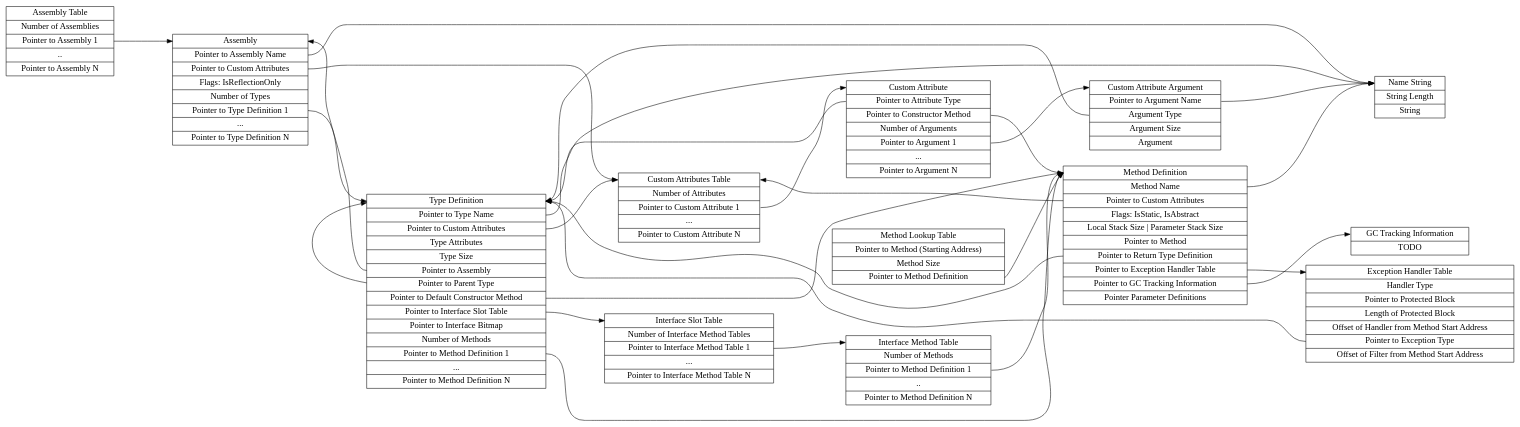
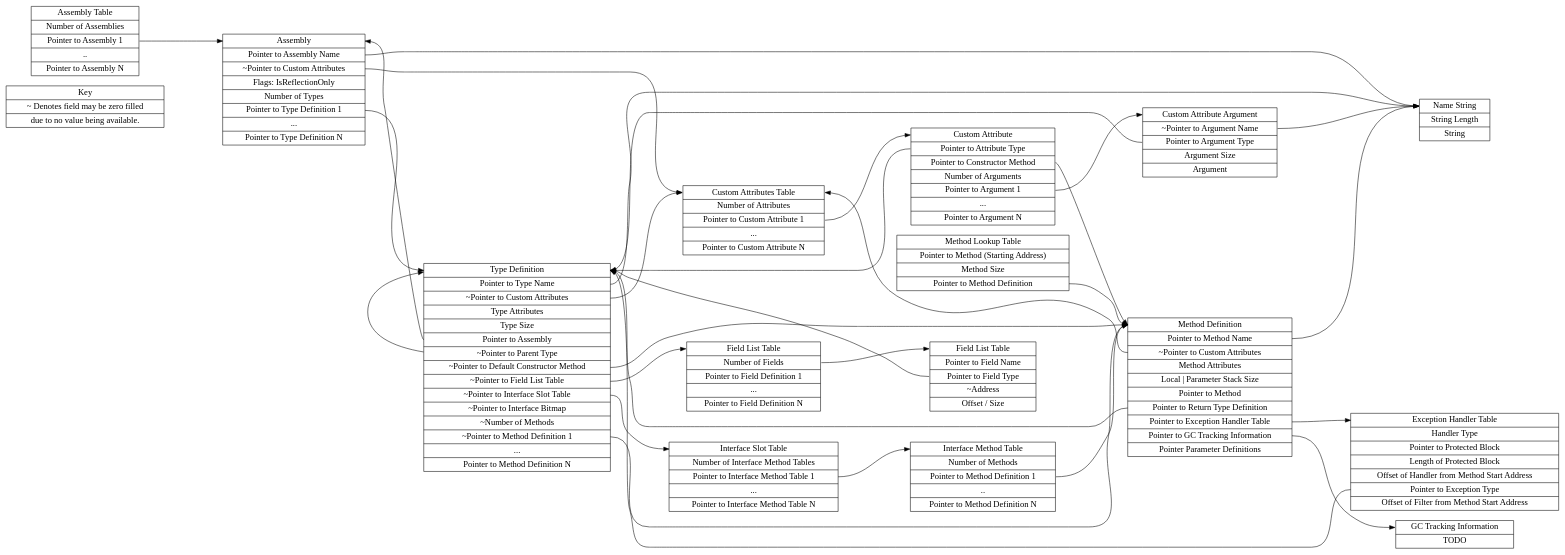
One commit to mosa/MOSA-Project changed the diagram in Docs/MOSA-Runtime-Tables.gv. Above: the diagram before and after it, drawn with Graphviz. The commit also changed 22 other files, not shown here.

```diff
--- a/Docs/MOSA-Runtime-Tables.gv
+++ b/Docs/MOSA-Runtime-Tables.gv
@@ -8,6 +8,11 @@
 ];
 edge [
 minlen = "3"
+];
+
+"Key" [
+label = "<f0>Key|<f1>~ Denotes field may be zero filled|due to no value being available."
+shape = "record"
 ];
 
 "NameString" [
@@ -21,12 +26,22 @@
 ];
 
 "AssemblyDefinition" [
-label = "<f0>Assembly|<f1>Pointer to Assembly Name|<f2>Pointer to Custom Attributes|<f3>Flags: IsReflectionOnly|<f4> Number of Types|<f5>Pointer to Type  Definition 1|...|Pointer to Type  Definition N"
+label = "<f0>Assembly|<f1>Pointer to Assembly Name|<f2>~Pointer to Custom Attributes|<f3>Flags: IsReflectionOnly|<f4>Number of Types|<f5>Pointer to Type  Definition 1|...|Pointer to Type  Definition N"
 shape = "record"
 ];
 
 "TypeDefinition" [
-label = "<f0>Type Definition|<f1>Pointer to Type Name|<f2>Pointer to Custom Attributes|<f3>Type Attributes|<f4>Type Size|<f5>Pointer to Assembly|<f6>Pointer to Parent Type|<f7>Pointer to Default Constructor Method|<f8>Pointer to Interface Slot Table|<f9>Pointer to Interface Bitmap|<f10>Number of Methods|<f11>Pointer to Method Definition 1|...|Pointer to Method Definition N"
+label = "<f0>Type Definition|<f1>Pointer to Type Name|<f2>~Pointer to Custom Attributes|<f3>Type Attributes|<f4>Type Size|<f5>Pointer to Assembly|<f6>~Pointer to Parent Type|<f7>~Pointer to Default Constructor Method|<f8>~Pointer to Field List Table|<f9>~Pointer to Interface Slot Table|<f10>~Pointer to Interface Bitmap|<f11>~Number of Methods|<f12>~Pointer to Method Definition 1|...|Pointer to Method Definition N"
+shape = "record"
+];
+
+"FieldListTable" [
+label = "<f0>Field List Table|<f1>Number of Fields|<f1>Pointer to Field Definition 1|...|Pointer to Field Definition N"
+shape = "record"
+];
+
+"FieldDefinition" [
+label = "<f0>Field List Table|<f1>Pointer to Field Name|<f2>Pointer to Field Type|<f3>~Address|<f4>Offset / Size"
 shape = "record"
 ];
 
@@ -51,7 +66,7 @@
 ];
 
 "MethodDefinition" [
-label = "<f0>Method Definition|<f1>Method Name|<f2>Pointer to Custom Attributes|<f3>Flags: IsStatic, IsAbstract|<f4>Local Stack Size \| Parameter Stack Size|<f5>Pointer to Method|<f6>Pointer to Return Type Definition|<f7>Pointer to Exception Handler Table|<f8>Pointer to GC Tracking Information|<f9>Pointer Parameter Definitions"
+label = "<f0>Method Definition|<f1>Pointer to Method Name|<f2>~Pointer to Custom Attributes|<f3>Method Attributes|<f4>Local \| Parameter Stack Size|<f5>Pointer to Method|<f6>Pointer to Return Type Definition|<f7>Pointer to Exception Handler Table|<f8>Pointer to GC Tracking Information|<f9>Pointer Parameter Definitions"
 shape = "record"
 ];
 
@@ -71,7 +86,7 @@
 ];
 
 "CustomAttributeArgument" [
-label = "<f0>Custom Attribute Argument|<f1>Pointer to Argument Name|<f2>Argument Type | Argument Size|<f3>Argument"
+label = "<f0>Custom Attribute Argument|<f1>~Pointer to Argument Name|<f2>Pointer to Argument Type | Argument Size|<f3>Argument"
 shape = "record"
 ];
 
@@ -135,11 +150,15 @@
 id = 0
 ];
 
-"TypeDefinition":f8 -> "InterfaceSlotTable":f0 [
+"TypeDefinition":f8 -> "FieldListTable":f0 [
 id = 0
 ];
 
-"TypeDefinition":f11 -> "MethodDefinition":f0 [
+"TypeDefinition":f9 -> "InterfaceSlotTable":f0 [
+id = 0
+];
+
+"TypeDefinition":f12 -> "MethodDefinition":f0 [
 id = 0
 ];
 
@@ -179,4 +198,12 @@
 id = 0
 ];
 
+"FieldListTable":f1 -> "FieldDefinition":f0 [
+id = 0
+];
+
+"FieldDefinition":f2 -> "TypeDefinition":f0 [
+id = 0
+];
+
 }
```
